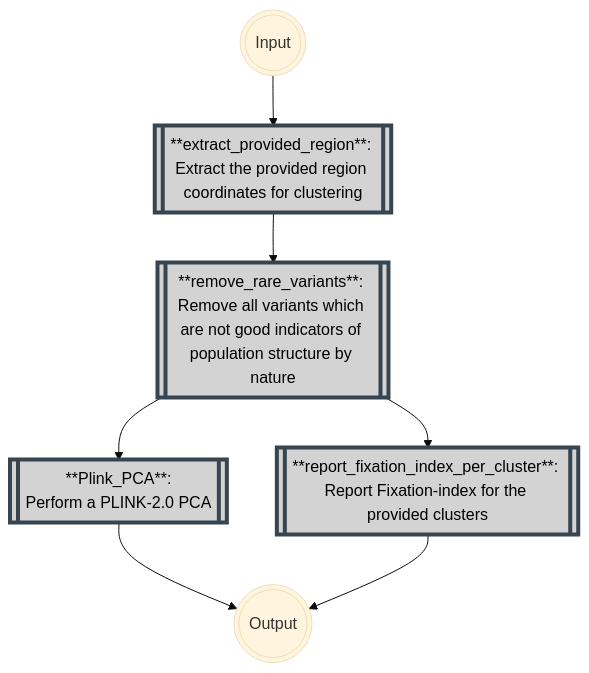
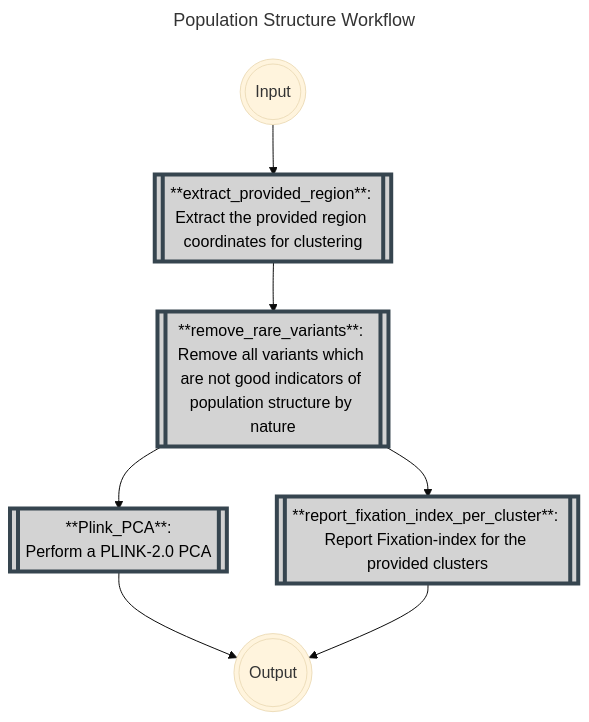
One commit to Tuks-ICMM/Population-Structure-Workflow changed the diagram in docs/02-workflow/02-analysis.md. Above: the diagram before and after it, drawn with Mermaid (base theme).

Commit message:
Updated workflow summary graph formatting

````diff
--- a/docs/02-workflow/02-analysis.md
+++ b/docs/02-workflow/02-analysis.md
@@ -34,28 +34,32 @@
-```mermaid
+  ```mermaid
+---
+title: Population Structure Workflow
+---
 flowchart TB
+
   classDef bcftools stroke:#FF5733,fill:#D3D3D3,stroke-width:4px,color:black;
   classDef plink stroke:#36454F,fill:#D3D3D3,stroke-width:4px,color:black;
   classDef python stroke:#FEBE10,fill:#D3D3D3,stroke-width:4px,color:black;
   classDef admixture stroke:#333,fill:#D3D3D3,stroke-width:4px,color:black;
   classDef tabix stroke:#023020,fill:#D3D3D3,stroke-width:4px,color:black;
   classDef gatk stroke:#007FFF,fill:#D3D3D3,stroke-width:4px,color:black;
   START(((Input)))
   END(((Output)))
 
   extract_provided_region[[**extract_provided_region**: Extract the provided region coordinates for clustering]]
 
   remove_rare_variants[[**remove_rare_variants**: Remove all variants which are not good indicators of population structure by nature]]
 
   plinkPca[[**Plink_PCA**:
 Perform a PLINK-2.0 PCA]]
   
   report_fixation_index_per_cluster[[**report_fixation_index_per_cluster**: Report Fixation-index for the provided clusters]]
 
   class remove_rare_variants,plinkPca,plinkPed,report_fixation_index_per_cluster,extract_provided_region plink;
   class Admixture admixture;
   class fetchPedLables python;
 
   START --> extract_provided_region --> remove_rare_variants --> plinkPca & report_fixation_index_per_cluster
 
   plinkPca & report_fixation_index_per_cluster --> END
-```
+  ```
````
